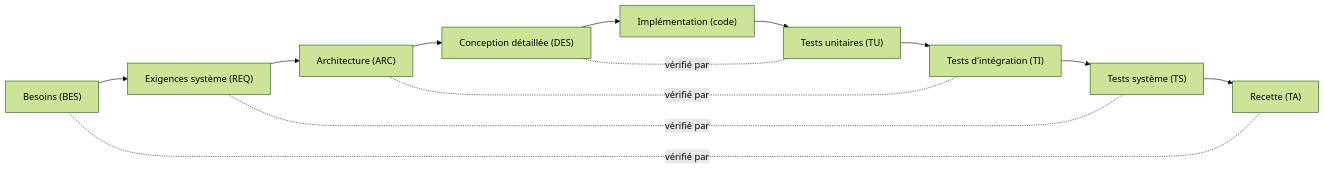
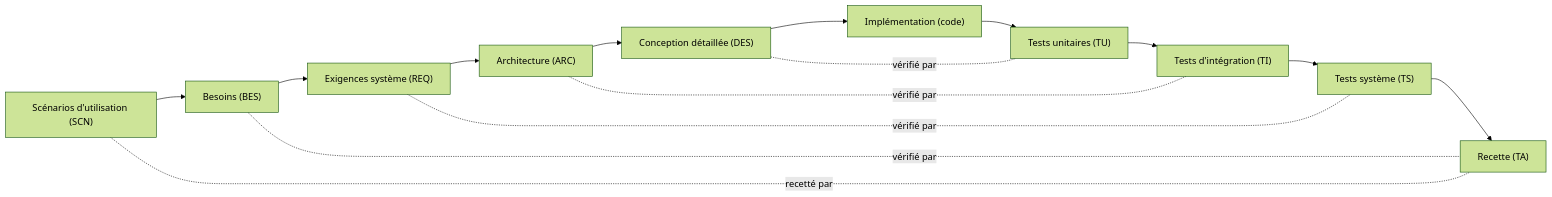
The diagram in CLAUDE.md (thourymatthieu-png/coworker_archi_system), drawn with Mermaid (forest theme) before and after one commit. The commit also changed other lines of this file and 10 other files, not shown here.

First line of the commit message:
Ajoute la phase scénarios d'utilisation et remet Boomrone à zéro

````diff
--- a/CLAUDE.md
+++ b/CLAUDE.md
@@ -24,15 +24,17 @@
 ```mermaid
 flowchart LR
-    B["Besoins (BES)"] --> R["Exigences système (REQ)"]
+    S["Scénarios d'utilisation (SCN)"] --> B["Besoins (BES)"]
+    B --> R["Exigences système (REQ)"]
     R --> A["Architecture (ARC)"]
     A --> D["Conception détaillée (DES)"]
     D --> I["Implémentation (code)"]
     I --> TU["Tests unitaires (TU)"]
     TU --> TI["Tests d'intégration (TI)"]
     TI --> TS["Tests système (TS)"]
     TS --> TA["Recette (TA)"]
+    S -. "recetté par" .- TA
     B -. "vérifié par" .- TA
     R -. "vérifié par" .- TS
     A -. "vérifié par" .- TI
     D -. "vérifié par" .- TU
 ```
````
